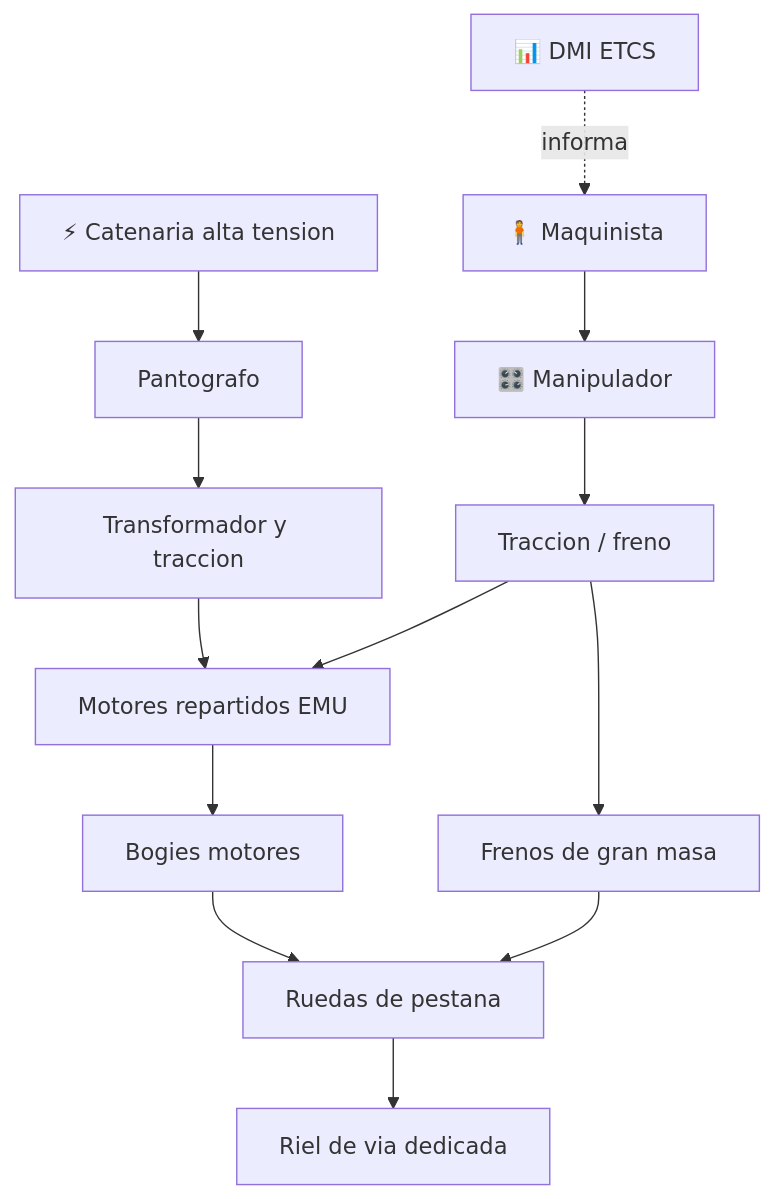
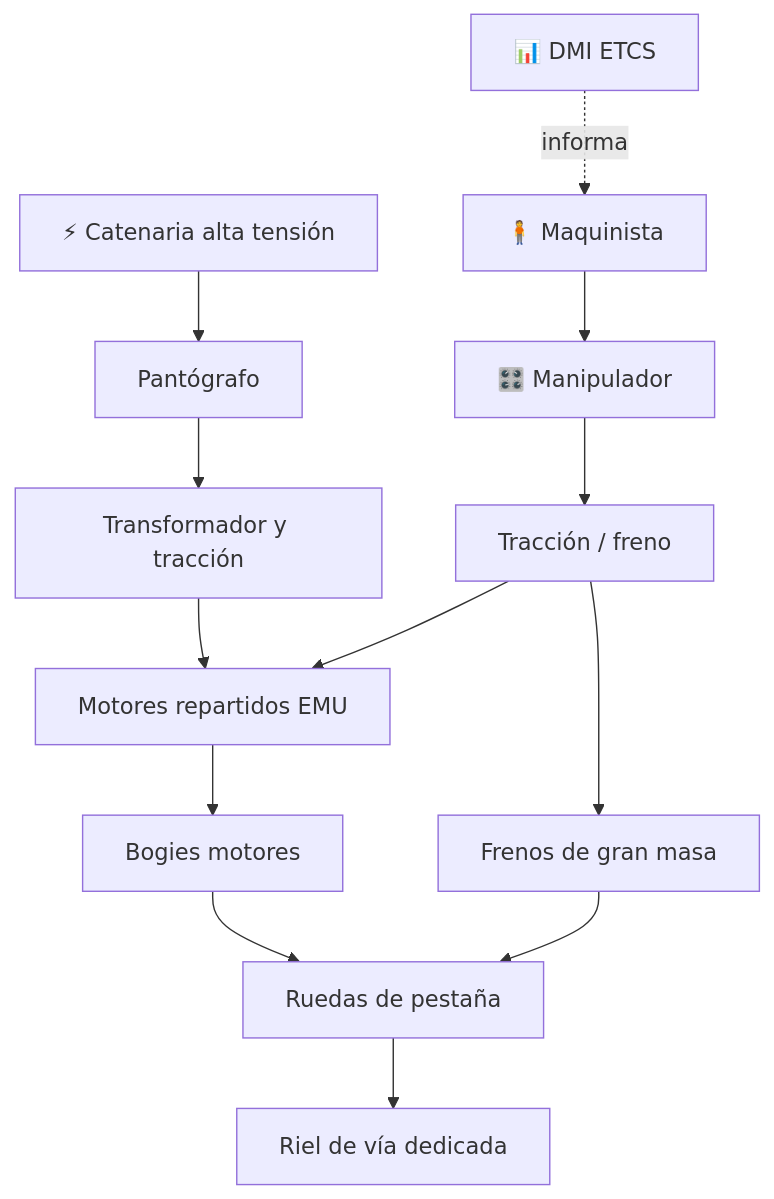
The diagram in vehiculos/tren-alta-velocidad/README.md (vladimiracunadev-create/machine-operator-program), drawn with Mermaid before and after one commit. The commit also changed other lines of this file and 442 other files, not shown here.

````diff
--- a/vehiculos/tren-alta-velocidad/README.md
+++ b/vehiculos/tren-alta-velocidad/README.md
@@ -33,15 +33,15 @@
 ```mermaid
 flowchart TD
-    Catenaria[⚡ Catenaria alta tension] --> Pantografo[Pantografo]
-    Pantografo --> Transformador[Transformador y traccion]
+    Catenaria[⚡ Catenaria alta tensión] --> Pantografo[Pantógrafo]
+    Pantografo --> Transformador[Transformador y tracción]
     Transformador --> Motores[Motores repartidos EMU]
     Motores --> Bogies[Bogies motores]
-    Bogies --> Ruedas[Ruedas de pestana]
-    Ruedas --> Riel[Riel de via dedicada]
-    Manipulador[🎛️ Manipulador] --> Traccion[Traccion / freno]
+    Bogies --> Ruedas[Ruedas de pestaña]
+    Ruedas --> Riel[Riel de vía dedicada]
+    Manipulador[🎛️ Manipulador] --> Traccion[Tracción / freno]
     Traccion --> Motores
     Traccion --> Frenos[Frenos de gran masa]
     Frenos --> Ruedas
     DMI[📊 DMI ETCS] -. informa .-> Maquinista[🧍 Maquinista]
     Maquinista --> Manipulador
 ```
````
